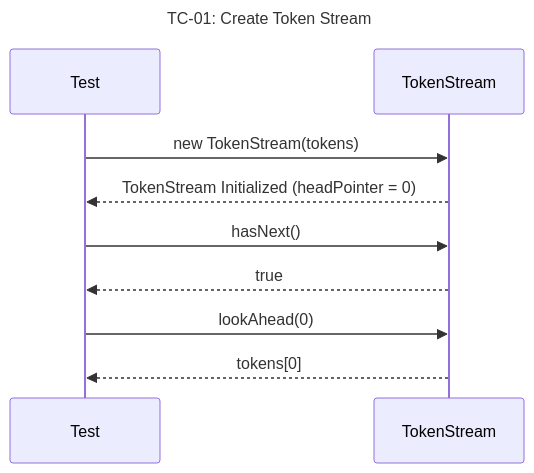
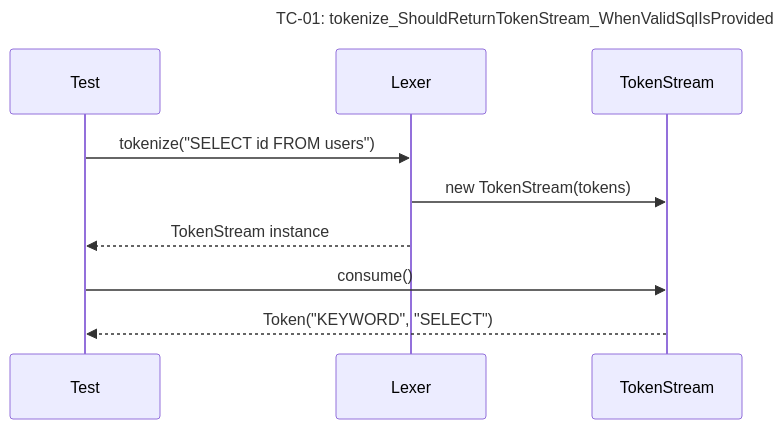
Before and after one commit to Dikhang1112/Database_Management_BBV: the first of 41 diagrams in docs/unit_test/query_prossor/SequeceTestCase.md, drawn with Mermaid. The commit also changed other lines of this file and 6 other files, not shown here.

Commit message:
Add docs sequece diagram and scenario testcase

````diff
--- a/docs/unit_test/query_prossor/SequeceTestCase.md
+++ b/docs/unit_test/query_prossor/SequeceTestCase.md
@@ -7,13 +12,13 @@
 ```mermaid
 sequenceDiagram
-    title TC-01: Create Token Stream
+    title TC-01: tokenize_ShouldReturnTokenStream_WhenValidSqlIsProvided
     participant Test
+    participant Lexer
     participant TokenStream
 
-    Test->>TokenStream: new TokenStream(tokens)
-    TokenStream-->>Test: TokenStream Initialized (headPointer = 0)
-    Test->>TokenStream: hasNext()
-    TokenStream-->>Test: true
-    Test->>TokenStream: lookAhead(0)
-    TokenStream-->>Test: tokens[0]
+    Test->>Lexer: tokenize("SELECT id FROM users")
+    Lexer->>TokenStream: new TokenStream(tokens)
+    Lexer-->>Test: TokenStream instance
+    Test->>TokenStream: consume()
+    TokenStream-->>Test: Token("KEYWORD", "SELECT")
 ```
````
